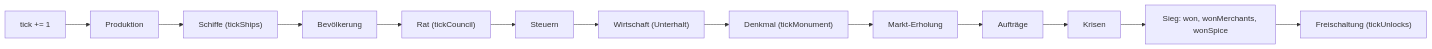
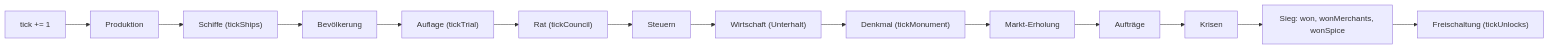
Before and after one commit to konstantinniedermann/Inselreich: the sixth of 12 diagrams in docs/arc42.md, drawn with Mermaid. The commit also changed other lines of this file and 2 other files, not shown here.

First line of the commit message:
docs: Doku-Audit 1, Save-Version 18, ADR-015, Tick-Diagramm

````diff
--- a/docs/arc42.md
+++ b/docs/arc42.md
@@ -424,5 +424,5 @@
 ```mermaid
 flowchart LR
-  T["tick += 1"] --> P["Produktion"] --> H["Schiffe (tickShips)"] --> B["Bevölkerung"] --> R["Rat (tickCouncil)"] --> S["Steuern"] --> W["Wirtschaft (Unterhalt)"] --> D["Denkmal (tickMonument)"]
+  T["tick += 1"] --> P["Produktion"] --> H["Schiffe (tickShips)"] --> B["Bevölkerung"] --> A["Auflage (tickTrial)"] --> R["Rat (tickCouncil)"] --> S["Steuern"] --> W["Wirtschaft (Unterhalt)"] --> D["Denkmal (tickMonument)"]
   D --> M["Markt-Erholung"] --> O["Aufträge"] --> K["Krisen"] --> V["Sieg: won, wonMerchants, wonSpice"] --> U["Freischaltung (tickUnlocks)"]
 ```
````
